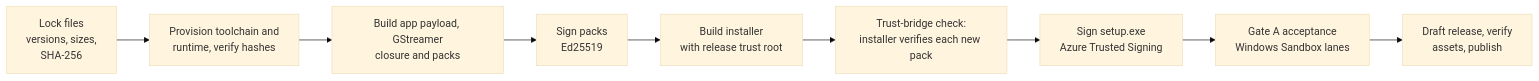
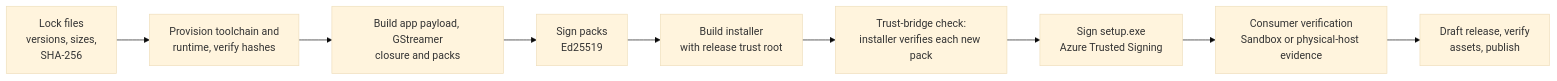
Diagram 15 of 16 in docs/manual/src/30-architecture.md (scottconverse/civiccast-native), drawn with Mermaid (base theme) before and after one commit. The commit also changed other lines of this file and 166 other files, not shown here.

````diff
--- a/docs/manual/src/30-architecture.md
+++ b/docs/manual/src/30-architecture.md
@@ -743,11 +743,11 @@
 ```mermaid
 flowchart LR
     LK["Lock files<br/>versions, sizes,<br/>SHA-256"] --> PR["Provision toolchain and<br/>runtime, verify hashes"]
     PR --> BD["Build app payload, GStreamer<br/>closure and packs"]
     BD --> SP["Sign packs<br/>Ed25519"]
     SP --> BS["Build installer<br/>with release trust root"]
     BS --> TB["Trust-bridge check:<br/>installer verifies each new pack"]
     TB --> AS["Sign setup.exe<br/>Azure Trusted Signing"]
-    AS --> GA["Gate A acceptance<br/>Windows Sandbox lanes"]
+    AS --> GA["Consumer verification<br/>Sandbox or physical-host evidence"]
     GA --> PB["Draft release, verify<br/>assets, publish"]
 ```
````
